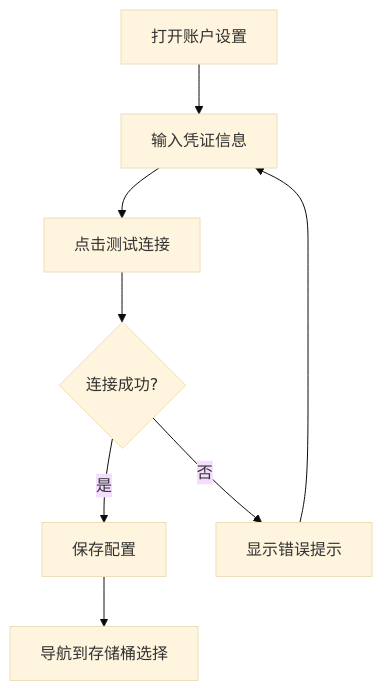
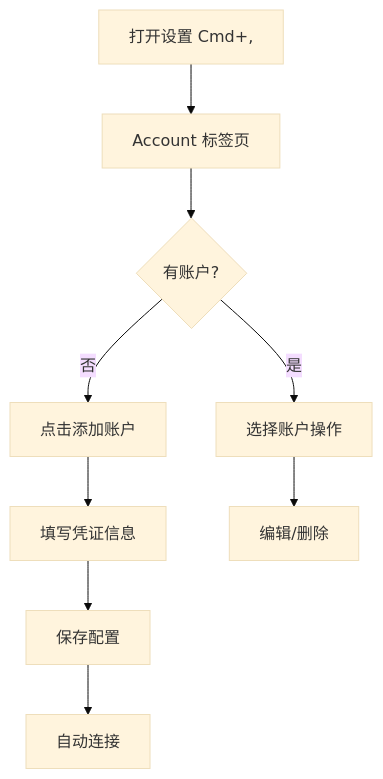
The diagram in docs/features/01-account-configuration.md (sanvibyfish/OwlUploader), drawn with Mermaid (base theme) before and after one commit. The commit also changed other lines of this file and 10 other files, not shown here.

````diff
--- a/docs/features/01-account-configuration.md
+++ b/docs/features/01-account-configuration.md
@@ -40,10 +90,11 @@
 ```mermaid
 flowchart TD
-    A[打开账户设置] --> B[输入凭证信息]
-    B --> C[点击测试连接]
-    C --> D{连接成功?}
-    D -->|是| E[保存配置]
-    D -->|否| F[显示错误提示]
-    F --> B
-    E --> G[导航到存储桶选择]
+    A[打开设置 Cmd+,] --> B[Account 标签页]
+    B --> C{有账户?}
+    C -->|否| D[点击添加账户]
+    C -->|是| E[选择账户操作]
+    D --> F[填写凭证信息]
+    F --> G[保存配置]
+    G --> H[自动连接]
+    E --> I[编辑/删除]
 ```
````
